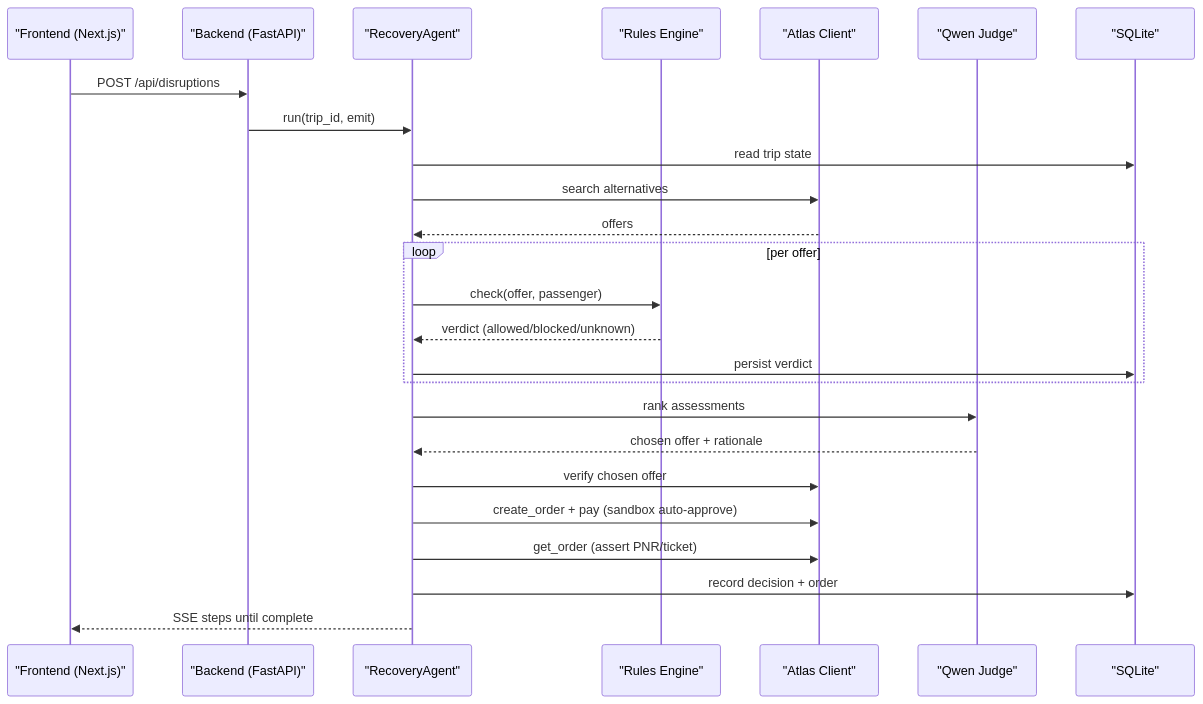
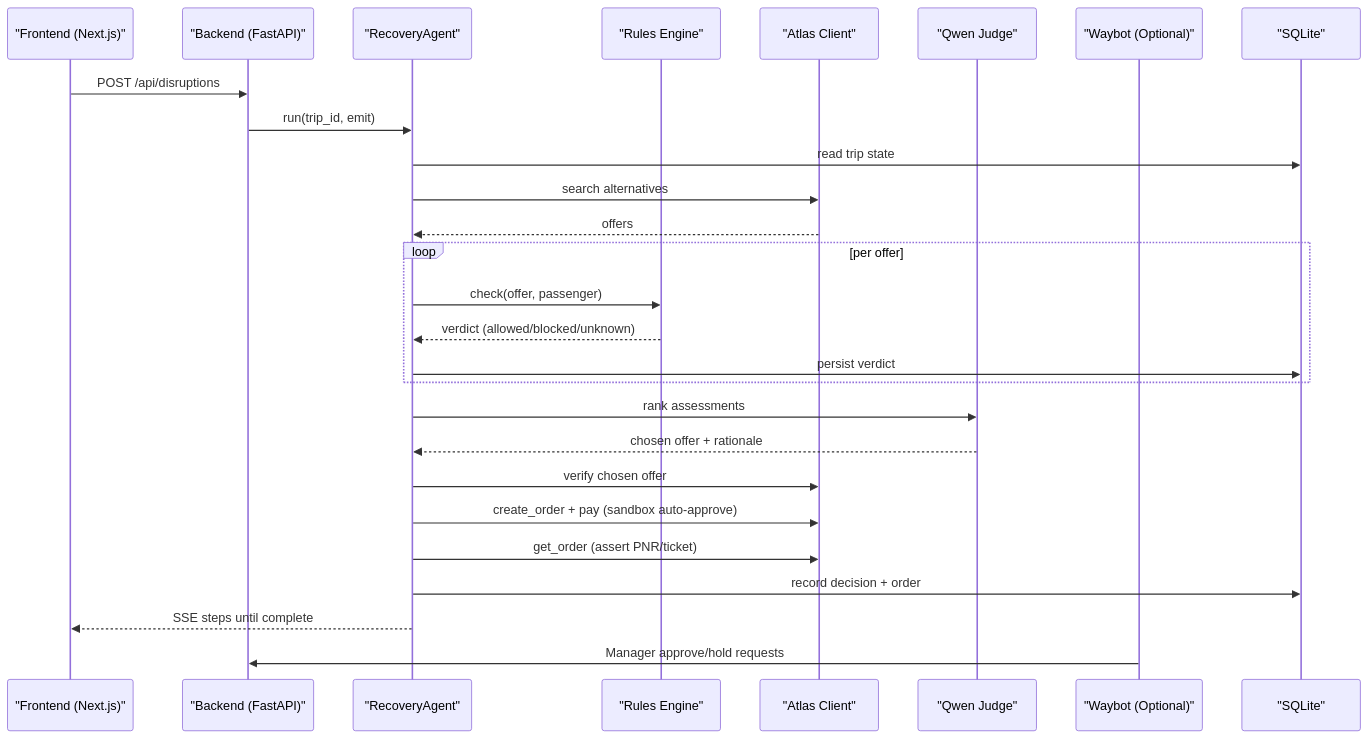
The second of 2 diagrams in .qoder/repowiki/en/content/Getting Started.md (jaydonnnk/waypoint), drawn with Mermaid before and after one commit. The commit also changed other lines of this file and 9 other files, not shown here.

````diff
--- a/.qoder/repowiki/en/content/Getting Started.md
+++ b/.qoder/repowiki/en/content/Getting Started.md
@@ -73,27 +89,29 @@
 ```mermaid
 sequenceDiagram
 participant UI as "Frontend (Next.js)"
 participant API as "Backend (FastAPI)"
 participant AG as "RecoveryAgent"
 participant RS as "Rules Engine"
 participant AT as "Atlas Client"
 participant Q as "Qwen Judge"
+participant WB as "Waybot (Optional)"
 participant DB as "SQLite"
 UI->>API : POST /api/disruptions
 API->>AG : run(trip_id, emit)
 AG->>DB : read trip state
 AG->>AT : search alternatives
 AT-->>AG : offers
 loop per offer
 AG->>RS : check(offer, passenger)
 RS-->>AG : verdict (allowed/blocked/unknown)
 AG->>DB : persist verdict
 end
 AG->>Q : rank assessments
 Q-->>AG : chosen offer + rationale
 AG->>AT : verify chosen offer
 AG->>AT : create_order + pay (sandbox auto-approve)
 AG->>AT : get_order (assert PNR/ticket)
 AG->>DB : record decision + order
 AG-->>UI : SSE steps until complete
+WB->>API : Manager approve/hold requests
 ```
````
